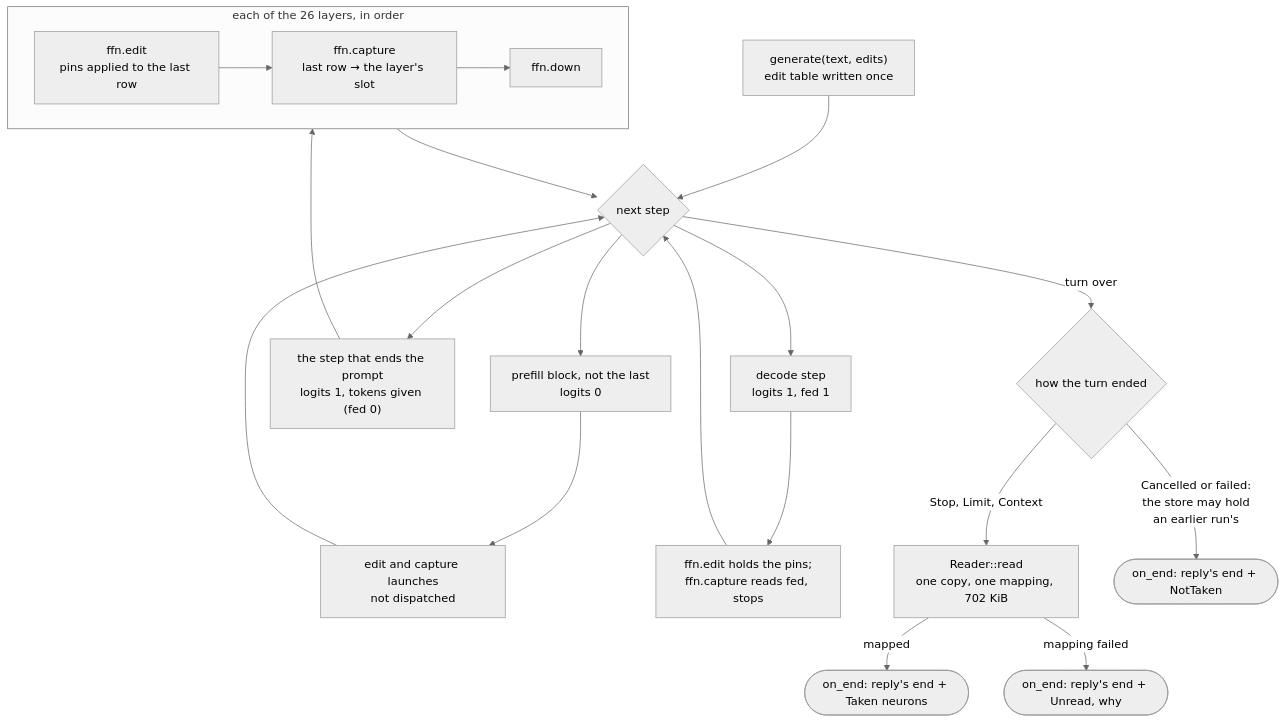
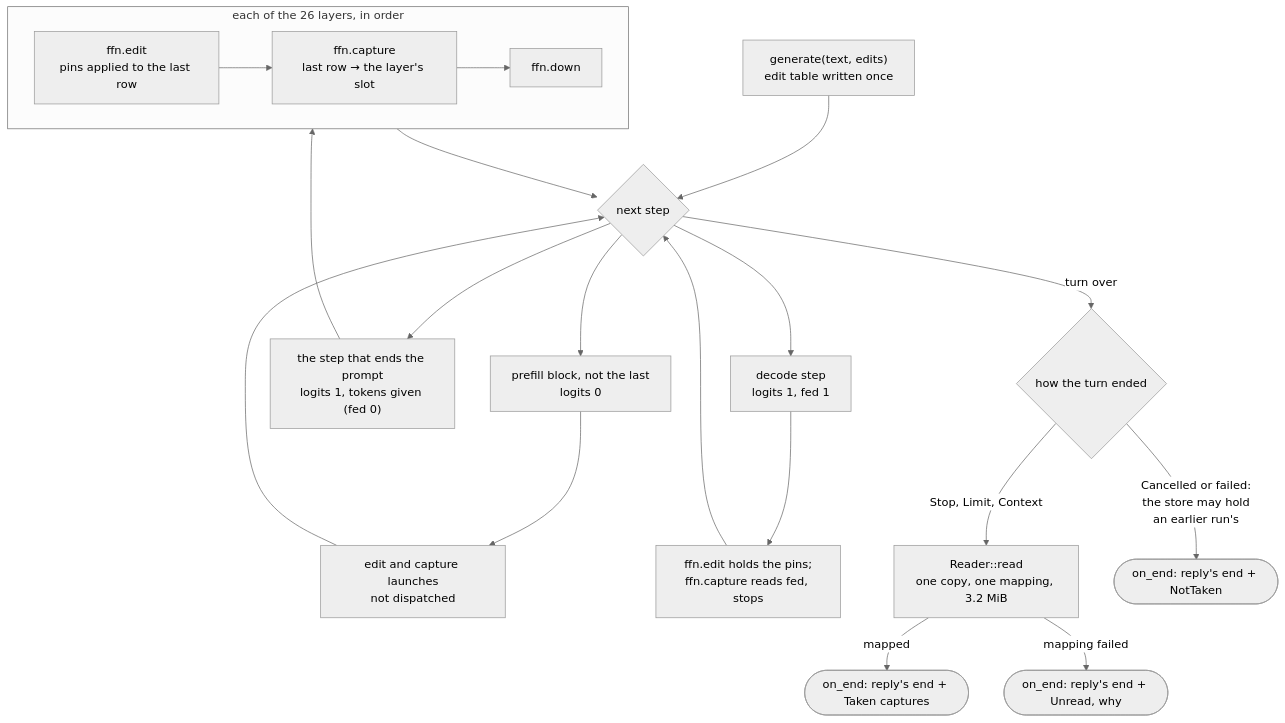
Before and after one commit to plainsight-systems/frizzle: the fourth of 7 diagrams in docs/architecture/logical-overview.md, drawn with Mermaid (neutral theme). The commit also changed other lines of this file and 33 other files, not shown here.

````diff
--- a/docs/architecture/logical-overview.md
+++ b/docs/architecture/logical-overview.md
@@ -128,31 +140,31 @@
 ```mermaid
 flowchart TD
   G["generate(text, edits)<br/>edit table written once"]
   P{"next step"}
   PF["prefill block, not the last<br/>logits 0"]
   PE["the step that ends the prompt<br/>logits 1, tokens given (fed 0)"]
   DE["decode step<br/>logits 1, fed 1"]
   SKIP["edit and capture launches<br/>not dispatched"]
   subgraph L["each of the 26 layers, in order"]
     E["ffn.edit<br/>pins applied to the last row"]
     C["ffn.capture<br/>last row → the layer's slot"]
     D["ffn.down"]
     E --> C --> D
   end
   EXIT["ffn.edit holds the pins;<br/>ffn.capture reads fed, stops"]
   END{"how the turn ended"}
-  READ["Reader::read<br/>one copy, one mapping, 702 KiB"]
-  T(["on_end: reply's end + Taken neurons"])
+  READ["Reader::read<br/>one copy, one mapping, 3.2 MiB"]
+  T(["on_end: reply's end + Taken captures"])
   N(["on_end: reply's end + NotTaken"])
   U(["on_end: reply's end + Unread, why"])
 
   G --> P
   P --> PF --> SKIP --> P
   P --> PE --> L --> P
   P --> DE --> EXIT --> P
   P -->|"turn over"| END
   END -->|"Stop, Limit, Context"| READ
   END -->|"Cancelled or failed:<br/>the store may hold<br/>an earlier run's"| N
   READ -->|"mapped"| T
   READ -->|"mapping failed"| U
 ```
````
